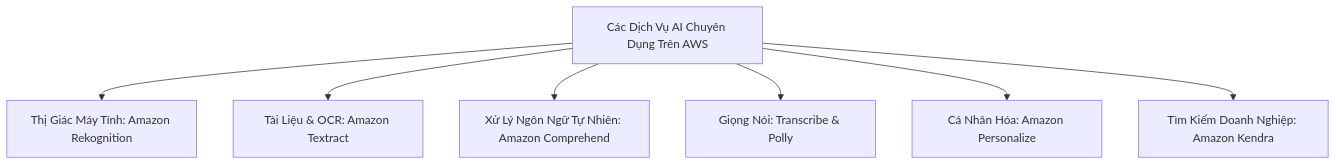
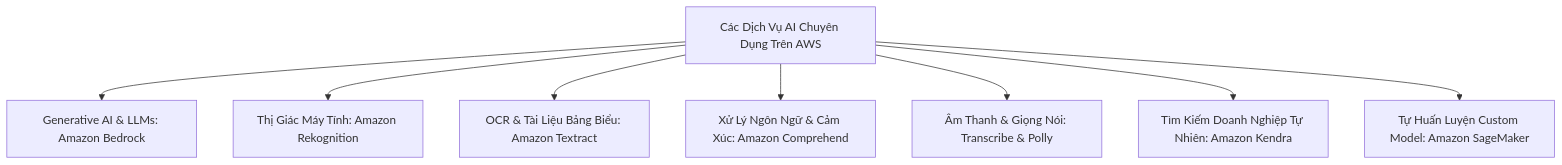
Before and after one commit to nhatphanhk/AWS_XBrain_Note: the second of 2 diagrams in KEYWORD_QUICK_SELECT/07_ANALYTICS.md, drawn with Mermaid. The commit also changed other lines of this file and 17 other files, not shown here.

````diff
--- a/KEYWORD_QUICK_SELECT/07_ANALYTICS.md
+++ b/KEYWORD_QUICK_SELECT/07_ANALYTICS.md
@@ -94,10 +121,11 @@
 ```mermaid
 flowchart TD
     AI[Các Dịch Vụ AI Chuyên Dụng Trên AWS]
+    AI --> GenAI[Generative AI & LLMs: Amazon Bedrock]
     AI --> Vision[Thị Giác Máy Tính: Amazon Rekognition]
-    AI --> Doc[Tài Liệu & OCR: Amazon Textract]
-    AI --> Language[Xử Lý Ngôn Ngữ Tự Nhiên: Amazon Comprehend]
-    AI --> Voice[Giọng Nói: Transcribe & Polly]
-    AI --> Suggestion[Cá Nhân Hóa: Amazon Personalize]
-    AI --> Search[Tìm Kiếm Doanh Nghiệp: Amazon Kendra]
+    AI --> Doc[OCR & Tài Liệu Bảng Biểu: Amazon Textract]
+    AI --> Language[Xử Lý Ngôn Ngữ & Cảm Xúc: Amazon Comprehend]
+    AI --> Speech[Âm Thanh & Giọng Nói: Transcribe & Polly]
+    AI --> Search[Tìm Kiếm Doanh Nghiệp Tự Nhiên: Amazon Kendra]
+    AI --> Custom[Tự Huấn Luyện Custom Model: Amazon SageMaker]
 ```
````
